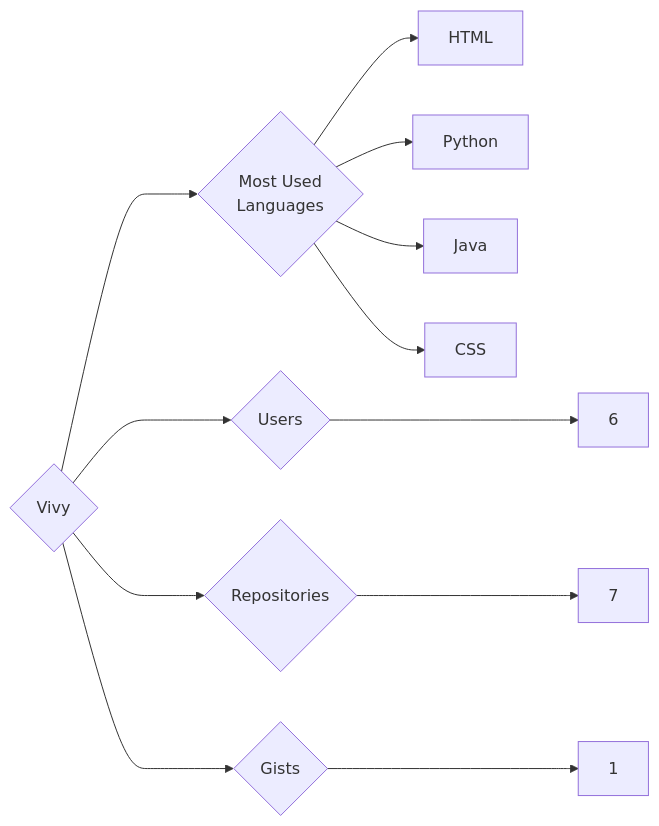
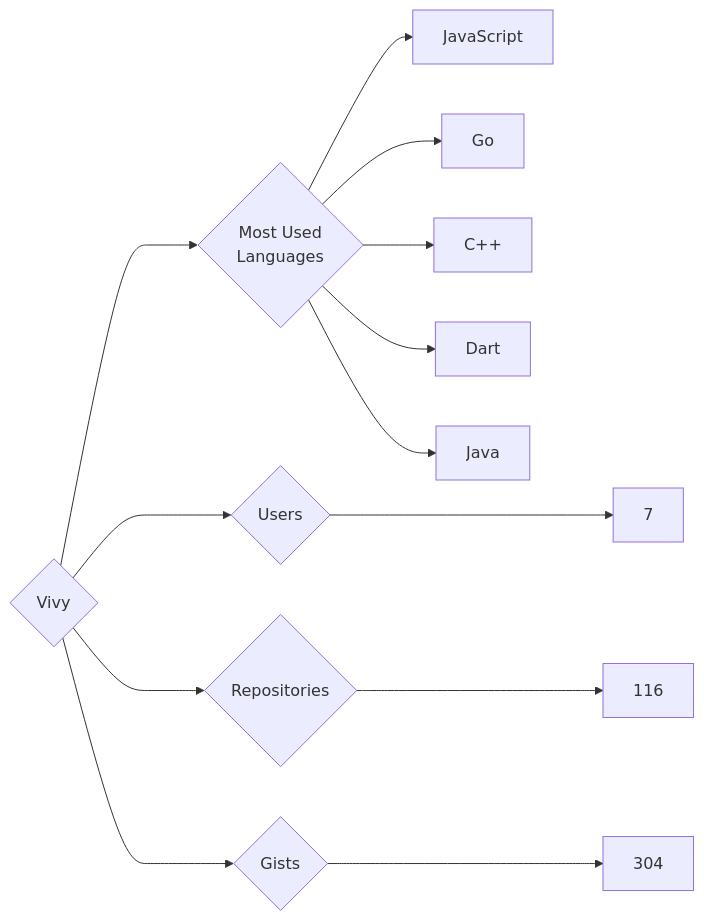
The diagram in targets/Vivy/README.md (trickest/insiders), drawn with Mermaid before and after one commit. The commit also changed 806 other files, not shown here.

````diff
--- a/targets/Vivy/README.md
+++ b/targets/Vivy/README.md
@@ -3,12 +3,13 @@
 ```mermaid
 graph LR
 COMPANY_NAME{Vivy}
-COMPANY_NAME ---> U{Users} ---> UN[6]
-COMPANY_NAME ---> R{Repositories} ---> RN[7]
-COMPANY_NAME ---> G{Gists} ---> GN[1]
+COMPANY_NAME ---> U{Users} ---> UN[7]
+COMPANY_NAME ---> R{Repositories} ---> RN[116]
+COMPANY_NAME ---> G{Gists} ---> GN[304]
 COMPANY_NAME ---> ML{Most Used<br>Languages}
-ML --> HTML[HTML]
-ML --> Python[Python]
+ML --> JavaScript[JavaScript]
+ML --> Go[Go]
+ML --> C++[C++]
+ML --> Dart[Dart]
 ML --> Java[Java]
-ML --> CSS[CSS]
 ```
````
